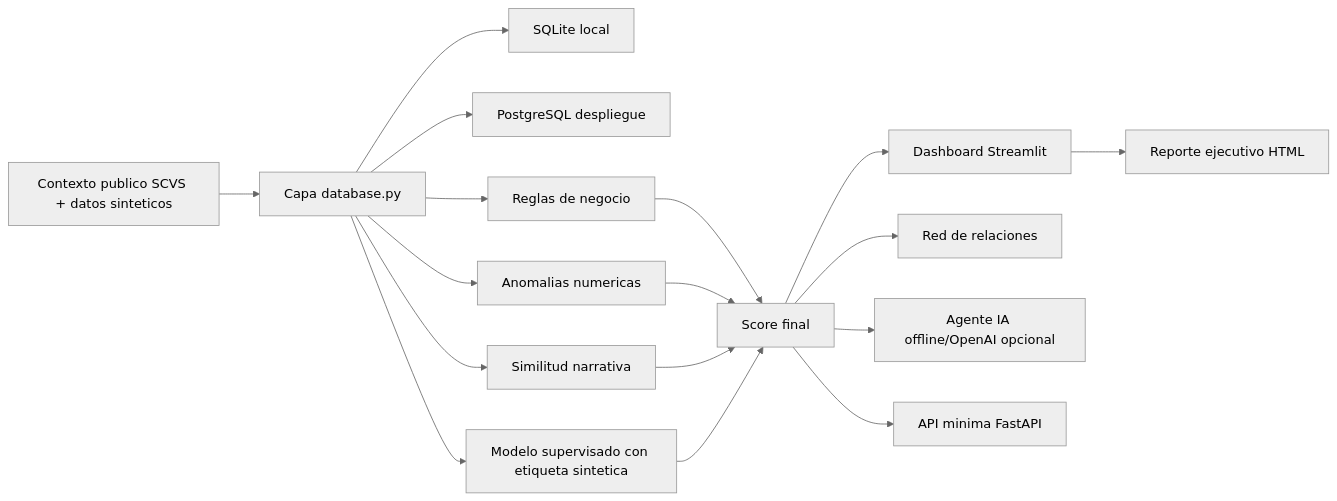
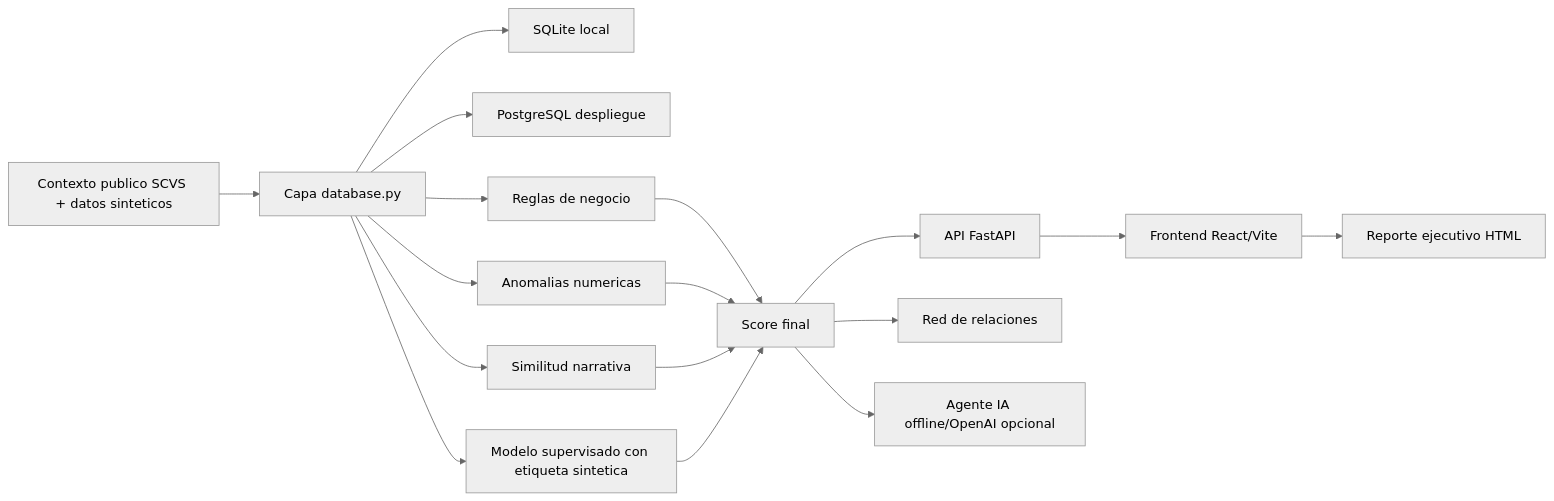
Before and after one commit to Erickelrojo-22/HackIAthon-MantaBytes-RetoAseguradora: the diagram in docs/arquitectura.md, drawn with Mermaid (neutral theme). The commit also changed other lines of this file and 21 other files, not shown here.

````diff
--- a/docs/arquitectura.md
+++ b/docs/arquitectura.md
@@ -5,19 +5,19 @@
 ```mermaid
 flowchart LR
     A["Contexto publico SCVS + datos sinteticos"] --> B["Capa database.py"]
     B --> DB1["SQLite local"]
     B --> DB2["PostgreSQL despliegue"]
     B --> C["Reglas de negocio"]
     B --> D["Anomalias numericas"]
     B --> E["Similitud narrativa"]
     C --> F["Score final"]
     D --> F
     E --> F
     B --> J["Modelo supervisado con etiqueta sintetica"]
     J --> F
-    F --> G["Dashboard Streamlit"]
+    API --> G["Frontend React/Vite"]
     F --> H["Red de relaciones"]
     F --> I["Agente IA offline/OpenAI opcional"]
-    F --> API["API minima FastAPI"]
+    F --> API["API FastAPI"]
     G --> REP["Reporte ejecutivo HTML"]
 ```
````
